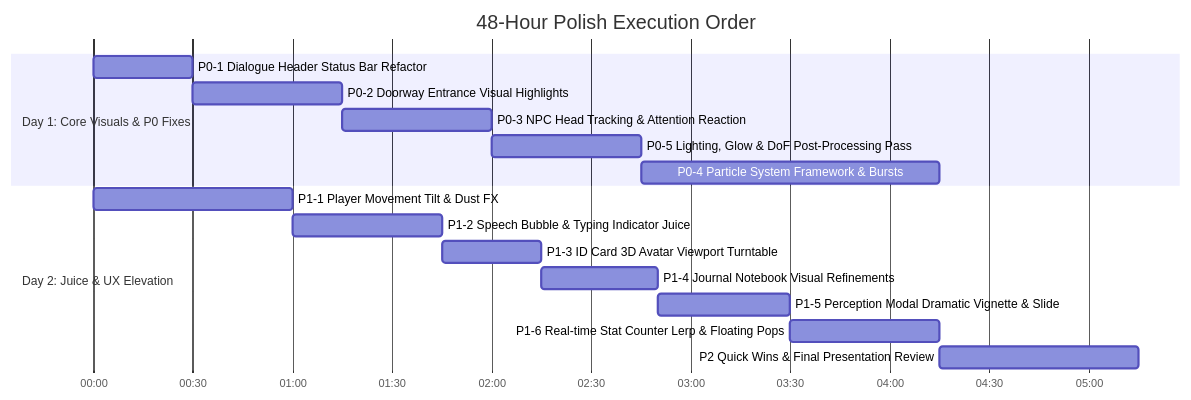
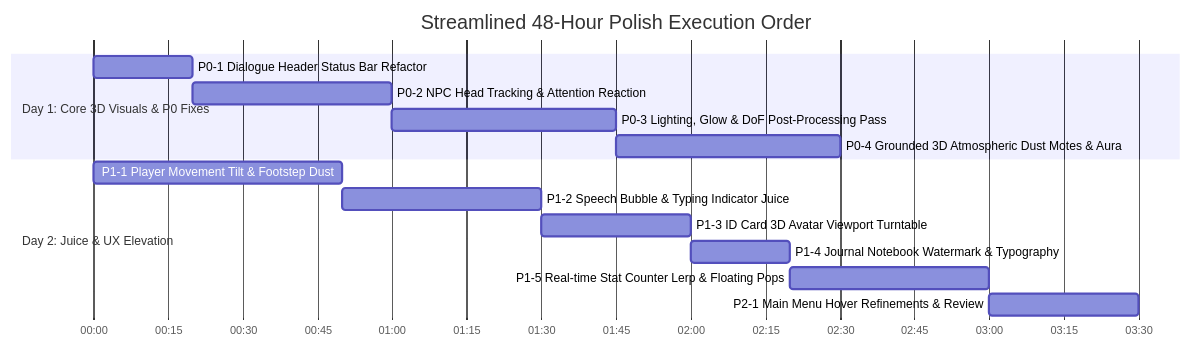
One commit to ahmad-ovh/THRESHOLD changed the diagram in POLISH_AUDIT.md. Above: the diagram before and after it, drawn with Mermaid. The commit also changed other lines of this file, not shown here.

Commit message:
docs: revise polish audit per user review feedback

````diff
--- a/POLISH_AUDIT.md
+++ b/POLISH_AUDIT.md
@@ -231,20 +189,18 @@
 ```mermaid
 gantt
-    title 48-Hour Polish Execution Order
+    title Streamlined 48-Hour Polish Execution Order
     dateFormat  HH:mm
     axisFormat %H:%M
-    section Day 1: Core Visuals & P0 Fixes
-    P0-1 Dialogue Header Status Bar Refactor       :a1, 00:00, 30m
-    P0-2 Doorway Entrance Visual Highlights         :a2, after a1, 45m
-    P0-3 NPC Head Tracking & Attention Reaction     :a3, after a2, 45m
-    P0-5 Lighting, Glow & DoF Post-Processing Pass  :a4, after a3, 45m
-    P0-4 Particle System Framework & Bursts         :a5, after a4, 90m
+    section Day 1: Core 3D Visuals & P0 Fixes
+    P0-1 Dialogue Header Status Bar Refactor       :a1, 00:00, 20m
+    P0-2 NPC Head Tracking & Attention Reaction     :a2, after a1, 40m
+    P0-3 Lighting, Glow & DoF Post-Processing Pass  :a3, after a2, 45m
+    P0-4 Grounded 3D Atmospheric Dust Motes & Aura :a4, after a3, 45m
     section Day 2: Juice & UX Elevation
-    P1-1 Player Movement Tilt & Dust FX             :b1, 00:00, 60m
-    P1-2 Speech Bubble & Typing Indicator Juice    :b2, after b1, 45m
+    P1-1 Player Movement Tilt & Footstep Dust       :b1, 00:00, 50m
+    P1-2 Speech Bubble & Typing Indicator Juice    :b2, after b1, 40m
     P1-3 ID Card 3D Avatar Viewport Turntable       :b3, after b2, 30m
-    P1-4 Journal Notebook Visual Refinements        :b4, after b3, 35m
-    P1-5 Perception Modal Dramatic Vignette & Slide :b5, after b4, 40m
-    P1-6 Real-time Stat Counter Lerp & Floating Pops:b6, after b5, 45m
-    P2 Quick Wins & Final Presentation Review       :b7, after b6, 60m
+    P1-4 Journal Notebook Watermark & Typography    :b4, after b3, 20m
+    P1-5 Real-time Stat Counter Lerp & Floating Pops:b5, after b4, 40m
+    P2-1 Main Menu Hover Refinements & Review       :b6, after b5, 30m
 ```
````
